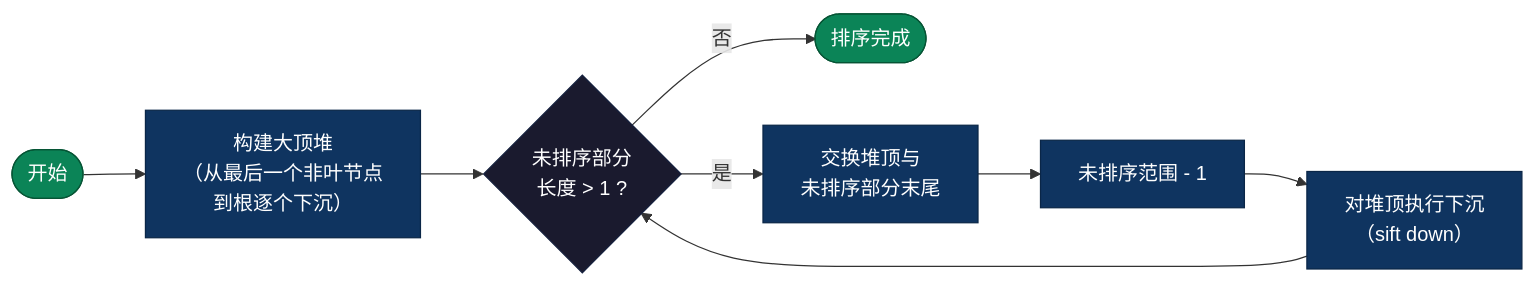
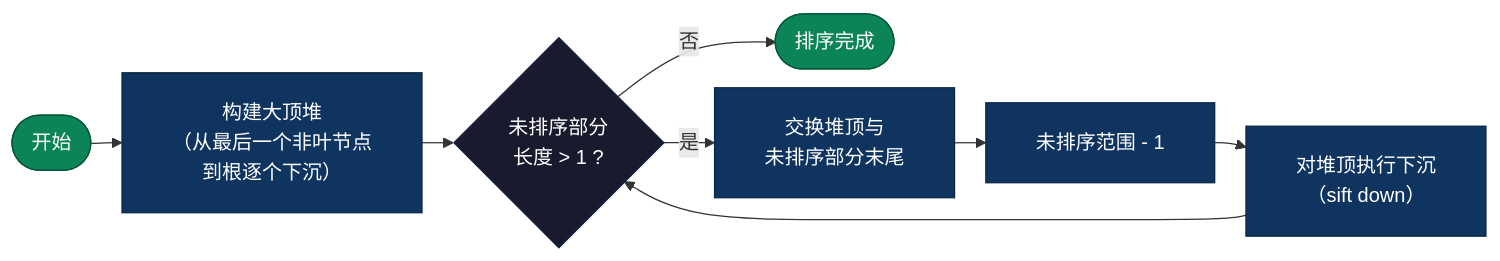
Diagram 11 of 17 in sorting/README.md (microwind/algorithms), drawn with Mermaid before and after one commit. The commit also changed other lines of this file and 3 other files, not shown here.

````diff
--- a/sorting/README.md
+++ b/sorting/README.md
@@ -388,18 +399,19 @@
 ```mermaid
+%%{init: {'flowchart': {'nodeSpacing': 15, 'rankSpacing': 25, 'padding': 20}}}%%
 graph LR
     S(["开始"]) --> BUILD["构建大顶堆<br/>（从最后一个非叶节点<br/>到根逐个下沉）"]
     BUILD --> LOOP{"未排序部分<br/>长度 > 1 ?"}
     LOOP -->|"否"| END(["排序完成"])
     LOOP -->|"是"| SWAP["交换堆顶与<br/>未排序部分末尾"]
     SWAP --> SHRINK["未排序范围 - 1"]
     SHRINK --> HEAPIFY["对堆顶执行下沉<br/>（sift down）"]
     HEAPIFY --> LOOP
 
     classDef start fill:#0b8457,color:#fff,stroke:#065535
     classDef decision fill:#1a1a2e,color:#fff,stroke:#16213e
     classDef process fill:#0f3460,color:#fff,stroke:#0a2647
 
     class S,END start
     class LOOP decision
     class BUILD,SWAP,SHRINK,HEAPIFY process
 ```
````
